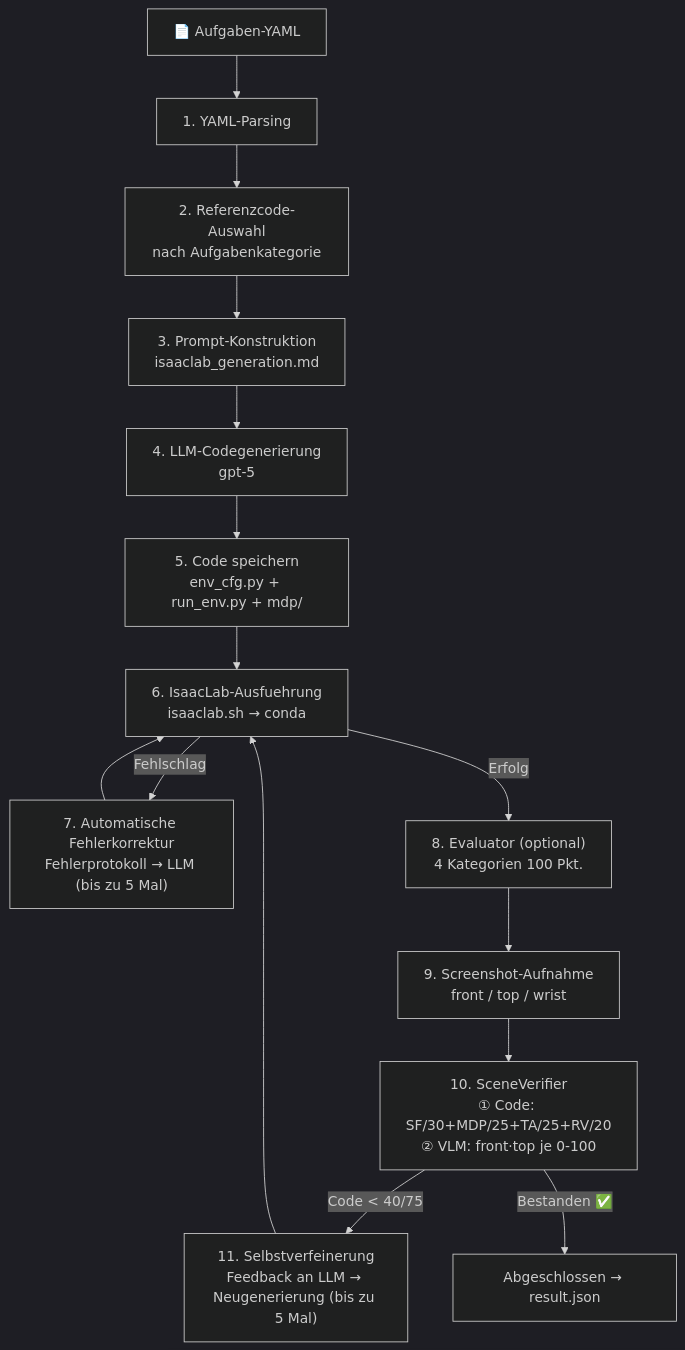
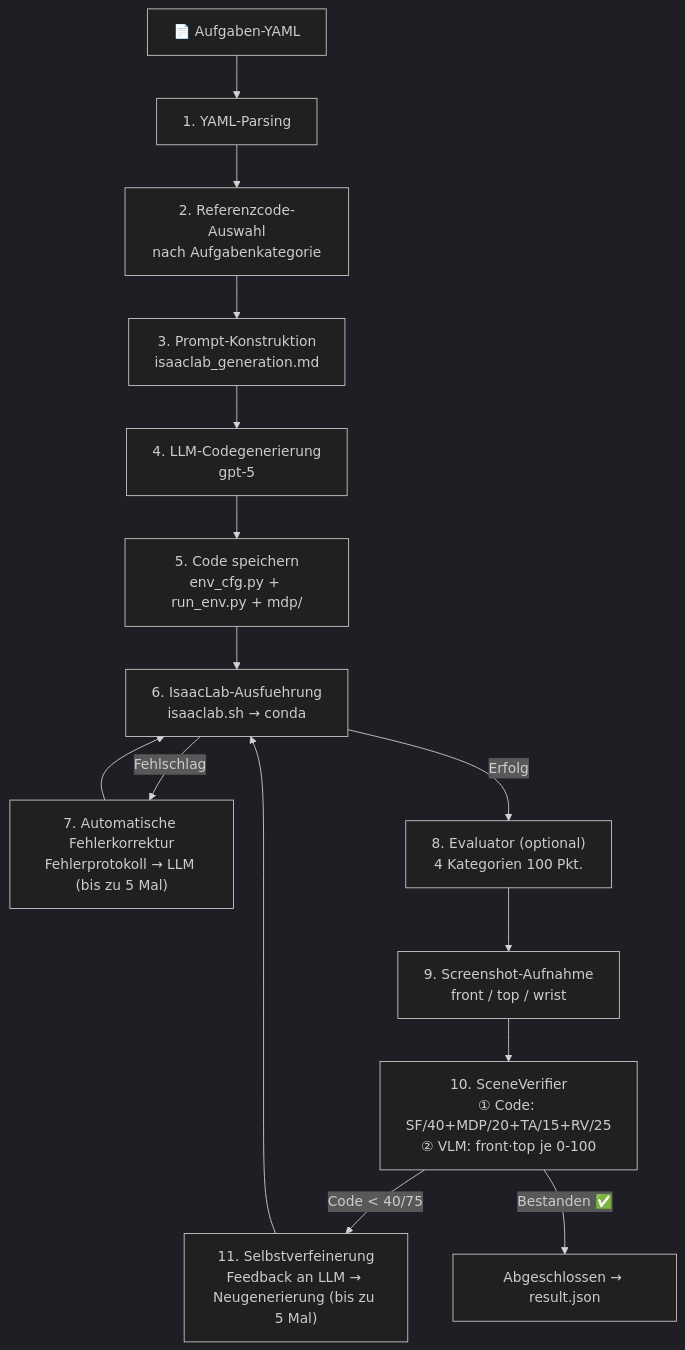
One commit to SKKU-PRISM/Simulation-Generation-Agent changed the third of 3 diagrams in docs/de/architecture.md. Above: the diagram before and after it, drawn with Mermaid (dark theme). The commit also changed 7 other files, not shown here.

````diff
--- a/docs/de/architecture.md
+++ b/docs/de/architecture.md
@@ -79,20 +79,20 @@
 ```mermaid
 flowchart TD
     YAML["📄 Aufgaben-YAML"] --> PARSE["1. YAML-Parsing"]
     PARSE --> REF["2. Referenzcode-Auswahl\nnach Aufgabenkategorie"]
     REF --> PROMPT["3. Prompt-Konstruktion\nisaaclab_generation.md"]
     PROMPT --> GEN["4. LLM-Codegenerierung\ngpt-5"]
     GEN --> WRITE["5. Code speichern\nenv_cfg.py + run_env.py + mdp/"]
     WRITE --> EXEC["6. IsaacLab-Ausfuehrung\nisaaclab.sh → conda"]
 
     EXEC -- "Fehlschlag" --> FIX["7. Automatische Fehlerkorrektur\nFehlerprotokoll → LLM (bis zu 5 Mal)"]
     FIX --> EXEC
 
     EXEC -- "Erfolg" --> EVAL["8. Evaluator (optional)\n4 Kategorien 100 Pkt."]
     EVAL --> CAP["9. Screenshot-Aufnahme\nfront / top / wrist"]
-    CAP --> VER["10. SceneVerifier\n① Code: SF/30+MDP/25+TA/25+RV/20\n② VLM: front·top je 0-100"]
+    CAP --> VER["10. SceneVerifier\n① Code: SF/40+MDP/20+TA/15+RV/25\n② VLM: front·top je 0-100"]
 
     VER -- "Code < 40/75" --> REFINE["11. Selbstverfeinerung\nFeedback an LLM → Neugenerierung (bis zu 5 Mal)"]
     REFINE --> EXEC
     VER -- "Bestanden ✅" --> DONE["Abgeschlossen → result.json"]
 ```
````
